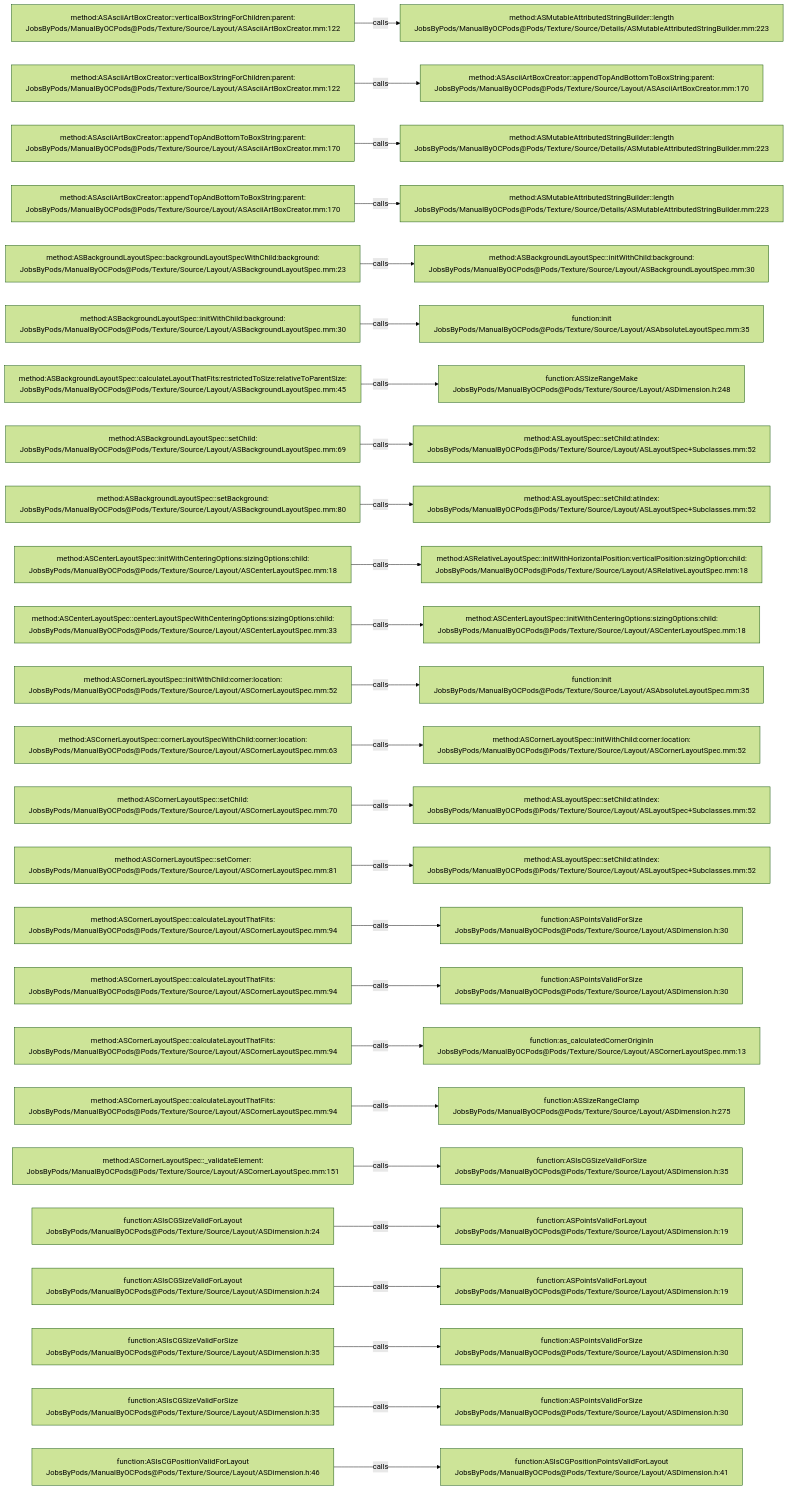
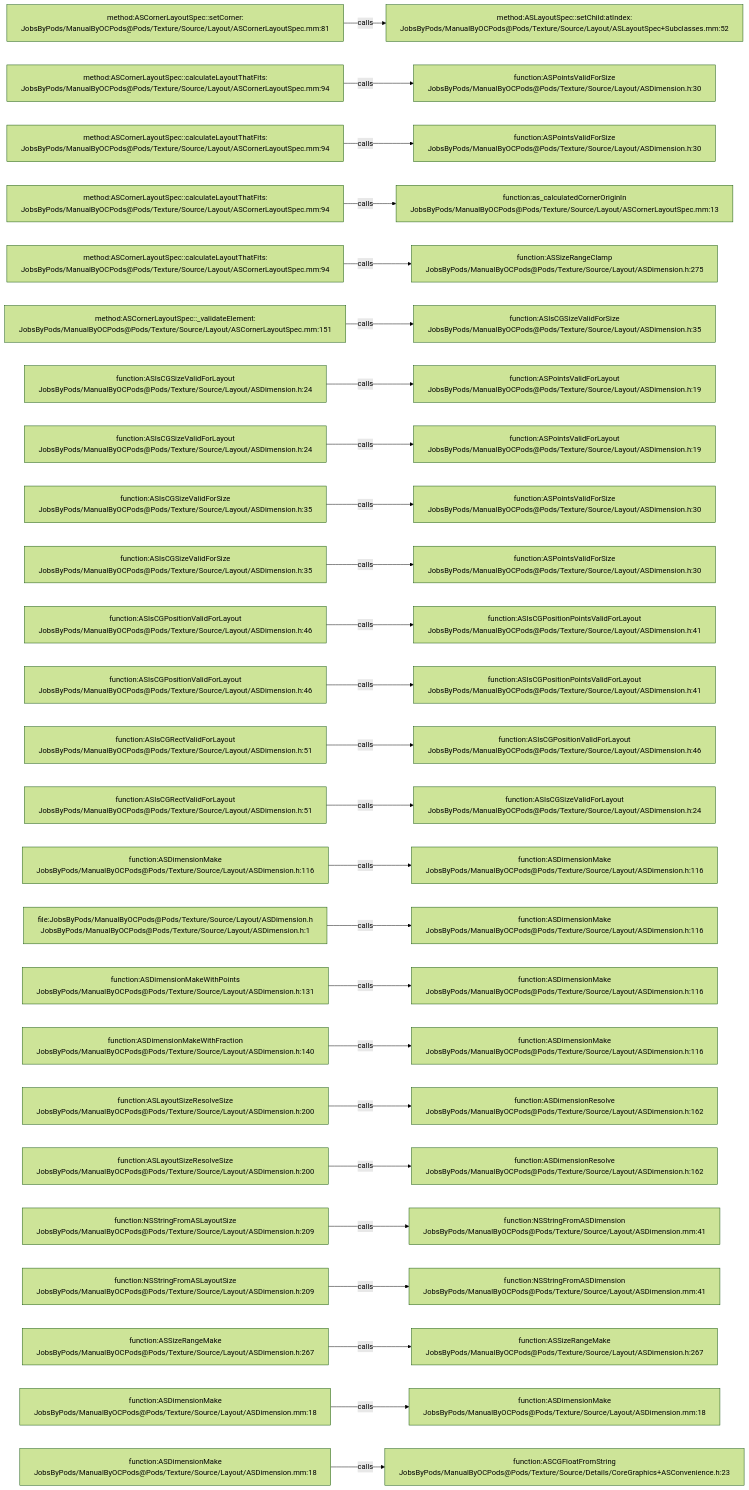
One commit to JobsKits/JobsOCBaseConfigDemo changed the diagram in .codegraph/codegraph.md/graphs/calls-177.md. Above: the diagram before and after it, drawn with Mermaid (forest theme). The commit also changed 296 other files, not shown here.

````diff
--- a/.codegraph/codegraph.md/graphs/calls-177.md
+++ b/.codegraph/codegraph.md/graphs/calls-177.md
@@ -13,78 +13,78 @@
 ```mermaid
 flowchart LR
-  S1["method:ASAsciiArtBoxCreator::verticalBoxStringForChildren:parent:<br/>JobsByPods/ManualByOCPods@Pods/Texture/Source/Layout/ASAsciiArtBoxCreator.mm:122"]
-  T1["method:ASMutableAttributedStringBuilder::length<br/>JobsByPods/ManualByOCPods@Pods/Texture/Source/Details/ASMutableAttributedStringBuilder.mm:223"]
+  S1["method:ASCornerLayoutSpec::setCorner:<br/>JobsByPods/ManualByOCPods@Pods/Texture/Source/Layout/ASCornerLayoutSpec.mm:81"]
+  T1["method:ASLayoutSpec::setChild:atIndex:<br/>JobsByPods/ManualByOCPods@Pods/Texture/Source/Layout/ASLayoutSpec+Subclasses.mm:52"]
   S1 -->|calls| T1
-  S2["method:ASAsciiArtBoxCreator::verticalBoxStringForChildren:parent:<br/>JobsByPods/ManualByOCPods@Pods/Texture/Source/Layout/ASAsciiArtBoxCreator.mm:122"]
-  T2["method:ASAsciiArtBoxCreator::appendTopAndBottomToBoxString:parent:<br/>JobsByPods/ManualByOCPods@Pods/Texture/Source/Layout/ASAsciiArtBoxCreator.mm:170"]
+  S2["method:ASCornerLayoutSpec::calculateLayoutThatFits:<br/>JobsByPods/ManualByOCPods@Pods/Texture/Source/Layout/ASCornerLayoutSpec.mm:94"]
+  T2["function:ASPointsValidForSize<br/>JobsByPods/ManualByOCPods@Pods/Texture/Source/Layout/ASDimension.h:30"]
   S2 -->|calls| T2
-  S3["method:ASAsciiArtBoxCreator::appendTopAndBottomToBoxString:parent:<br/>JobsByPods/ManualByOCPods@Pods/Texture/Source/Layout/ASAsciiArtBoxCreator.mm:170"]
-  T3["method:ASMutableAttributedStringBuilder::length<br/>JobsByPods/ManualByOCPods@Pods/Texture/Source/Details/ASMutableAttributedStringBuilder.mm:223"]
+  S3["method:ASCornerLayoutSpec::calculateLayoutThatFits:<br/>JobsByPods/ManualByOCPods@Pods/Texture/Source/Layout/ASCornerLayoutSpec.mm:94"]
+  T3["function:ASPointsValidForSize<br/>JobsByPods/ManualByOCPods@Pods/Texture/Source/Layout/ASDimension.h:30"]
   S3 -->|calls| T3
-  S4["method:ASAsciiArtBoxCreator::appendTopAndBottomToBoxString:parent:<br/>JobsByPods/ManualByOCPods@Pods/Texture/Source/Layout/ASAsciiArtBoxCreator.mm:170"]
-  T4["method:ASMutableAttributedStringBuilder::length<br/>JobsByPods/ManualByOCPods@Pods/Texture/Source/Details/ASMutableAttributedStringBuilder.mm:223"]
+  S4["method:ASCornerLayoutSpec::calculateLayoutThatFits:<br/>JobsByPods/ManualByOCPods@Pods/Texture/Source/Layout/ASCornerLayoutSpec.mm:94"]
+  T4["function:as_calculatedCornerOriginIn<br/>JobsByPods/ManualByOCPods@Pods/Texture/Source/Layout/ASCornerLayoutSpec.mm:13"]
   S4 -->|calls| T4
-  S5["method:ASBackgroundLayoutSpec::backgroundLayoutSpecWithChild:background:<br/>JobsByPods/ManualByOCPods@Pods/Texture/Source/Layout/ASBackgroundLayoutSpec.mm:23"]
-  T5["method:ASBackgroundLayoutSpec::initWithChild:background:<br/>JobsByPods/ManualByOCPods@Pods/Texture/Source/Layout/ASBackgroundLayoutSpec.mm:30"]
+  S5["method:ASCornerLayoutSpec::calculateLayoutThatFits:<br/>JobsByPods/ManualByOCPods@Pods/Texture/Source/Layout/ASCornerLayoutSpec.mm:94"]
+  T5["function:ASSizeRangeClamp<br/>JobsByPods/ManualByOCPods@Pods/Texture/Source/Layout/ASDimension.h:275"]
   S5 -->|calls| T5
-  S6["method:ASBackgroundLayoutSpec::initWithChild:background:<br/>JobsByPods/ManualByOCPods@Pods/Texture/Source/Layout/ASBackgroundLayoutSpec.mm:30"]
-  T6["function:init<br/>JobsByPods/ManualByOCPods@Pods/Texture/Source/Layout/ASAbsoluteLayoutSpec.mm:35"]
+  S6["method:ASCornerLayoutSpec::_validateElement:<br/>JobsByPods/ManualByOCPods@Pods/Texture/Source/Layout/ASCornerLayoutSpec.mm:151"]
+  T6["function:ASIsCGSizeValidForSize<br/>JobsByPods/ManualByOCPods@Pods/Texture/Source/Layout/ASDimension.h:35"]
   S6 -->|calls| T6
-  S7["method:ASBackgroundLayoutSpec::calculateLayoutThatFits:restrictedToSize:relativeToParentSize:<br/>JobsByPods/ManualByOCPods@Pods/Texture/Source/Layout/ASBackgroundLayoutSpec.mm:45"]
-  T7["function:ASSizeRangeMake<br/>JobsByPods/ManualByOCPods@Pods/Texture/Source/Layout/ASDimension.h:248"]
+  S7["function:ASIsCGSizeValidForLayout<br/>JobsByPods/ManualByOCPods@Pods/Texture/Source/Layout/ASDimension.h:24"]
+  T7["function:ASPointsValidForLayout<br/>JobsByPods/ManualByOCPods@Pods/Texture/Source/Layout/ASDimension.h:19"]
   S7 -->|calls| T7
-  S8["method:ASBackgroundLayoutSpec::setChild:<br/>JobsByPods/ManualByOCPods@Pods/Texture/Source/Layout/ASBackgroundLayoutSpec.mm:69"]
-  T8["method:ASLayoutSpec::setChild:atIndex:<br/>JobsByPods/ManualByOCPods@Pods/Texture/Source/Layout/ASLayoutSpec+Subclasses.mm:52"]
+  S8["function:ASIsCGSizeValidForLayout<br/>JobsByPods/ManualByOCPods@Pods/Texture/Source/Layout/ASDimension.h:24"]
+  T8["function:ASPointsValidForLayout<br/>JobsByPods/ManualByOCPods@Pods/Texture/Source/Layout/ASDimension.h:19"]
   S8 -->|calls| T8
-  S9["method:ASBackgroundLayoutSpec::setBackground:<br/>JobsByPods/ManualByOCPods@Pods/Texture/Source/Layout/ASBackgroundLayoutSpec.mm:80"]
-  T9["method:ASLayoutSpec::setChild:atIndex:<br/>JobsByPods/ManualByOCPods@Pods/Texture/Source/Layout/ASLayoutSpec+Subclasses.mm:52"]
+  S9["function:ASIsCGSizeValidForSize<br/>JobsByPods/ManualByOCPods@Pods/Texture/Source/Layout/ASDimension.h:35"]
+  T9["function:ASPointsValidForSize<br/>JobsByPods/ManualByOCPods@Pods/Texture/Source/Layout/ASDimension.h:30"]
   S9 -->|calls| T9
-  S10["method:ASCenterLayoutSpec::initWithCenteringOptions:sizingOptions:child:<br/>JobsByPods/ManualByOCPods@Pods/Texture/Source/Layout/ASCenterLayoutSpec.mm:18"]
-  T10["method:ASRelativeLayoutSpec::initWithHorizontalPosition:verticalPosition:sizingOption:child:<br/>JobsByPods/ManualByOCPods@Pods/Texture/Source/Layout/ASRelativeLayoutSpec.mm:18"]
+  S10["function:ASIsCGSizeValidForSize<br/>JobsByPods/ManualByOCPods@Pods/Texture/Source/Layout/ASDimension.h:35"]
+  T10["function:ASPointsValidForSize<br/>JobsByPods/ManualByOCPods@Pods/Texture/Source/Layout/ASDimension.h:30"]
   S10 -->|calls| T10
-  S11["method:ASCenterLayoutSpec::centerLayoutSpecWithCenteringOptions:sizingOptions:child:<br/>JobsByPods/ManualByOCPods@Pods/Texture/Source/Layout/ASCenterLayoutSpec.mm:33"]
-  T11["method:ASCenterLayoutSpec::initWithCenteringOptions:sizingOptions:child:<br/>JobsByPods/ManualByOCPods@Pods/Texture/Source/Layout/ASCenterLayoutSpec.mm:18"]
+  S11["function:ASIsCGPositionValidForLayout<br/>JobsByPods/ManualByOCPods@Pods/Texture/Source/Layout/ASDimension.h:46"]
+  T11["function:ASIsCGPositionPointsValidForLayout<br/>JobsByPods/ManualByOCPods@Pods/Texture/Source/Layout/ASDimension.h:41"]
   S11 -->|calls| T11
-  S12["method:ASCornerLayoutSpec::initWithChild:corner:location:<br/>JobsByPods/ManualByOCPods@Pods/Texture/Source/Layout/ASCornerLayoutSpec.mm:52"]
-  T12["function:init<br/>JobsByPods/ManualByOCPods@Pods/Texture/Source/Layout/ASAbsoluteLayoutSpec.mm:35"]
+  S12["function:ASIsCGPositionValidForLayout<br/>JobsByPods/ManualByOCPods@Pods/Texture/Source/Layout/ASDimension.h:46"]
+  T12["function:ASIsCGPositionPointsValidForLayout<br/>JobsByPods/ManualByOCPods@Pods/Texture/Source/Layout/ASDimension.h:41"]
   S12 -->|calls| T12
-  S13["method:ASCornerLayoutSpec::cornerLayoutSpecWithChild:corner:location:<br/>JobsByPods/ManualByOCPods@Pods/Texture/Source/Layout/ASCornerLayoutSpec.mm:63"]
-  T13["method:ASCornerLayoutSpec::initWithChild:corner:location:<br/>JobsByPods/ManualByOCPods@Pods/Texture/Source/Layout/ASCornerLayoutSpec.mm:52"]
+  S13["function:ASIsCGRectValidForLayout<br/>JobsByPods/ManualByOCPods@Pods/Texture/Source/Layout/ASDimension.h:51"]
+  T13["function:ASIsCGPositionValidForLayout<br/>JobsByPods/ManualByOCPods@Pods/Texture/Source/Layout/ASDimension.h:46"]
   S13 -->|calls| T13
-  S14["method:ASCornerLayoutSpec::setChild:<br/>JobsByPods/ManualByOCPods@Pods/Texture/Source/Layout/ASCornerLayoutSpec.mm:70"]
-  T14["method:ASLayoutSpec::setChild:atIndex:<br/>JobsByPods/ManualByOCPods@Pods/Texture/Source/Layout/ASLayoutSpec+Subclasses.mm:52"]
+  S14["function:ASIsCGRectValidForLayout<br/>JobsByPods/ManualByOCPods@Pods/Texture/Source/Layout/ASDimension.h:51"]
+  T14["function:ASIsCGSizeValidForLayout<br/>JobsByPods/ManualByOCPods@Pods/Texture/Source/Layout/ASDimension.h:24"]
   S14 -->|calls| T14
-  S15["method:ASCornerLayoutSpec::setCorner:<br/>JobsByPods/ManualByOCPods@Pods/Texture/Source/Layout/ASCornerLayoutSpec.mm:81"]
-  T15["method:ASLayoutSpec::setChild:atIndex:<br/>JobsByPods/ManualByOCPods@Pods/Texture/Source/Layout/ASLayoutSpec+Subclasses.mm:52"]
+  S15["function:ASDimensionMake<br/>JobsByPods/ManualByOCPods@Pods/Texture/Source/Layout/ASDimension.h:116"]
+  T15["function:ASDimensionMake<br/>JobsByPods/ManualByOCPods@Pods/Texture/Source/Layout/ASDimension.h:116"]
   S15 -->|calls| T15
-  S16["method:ASCornerLayoutSpec::calculateLayoutThatFits:<br/>JobsByPods/ManualByOCPods@Pods/Texture/Source/Layout/ASCornerLayoutSpec.mm:94"]
-  T16["function:ASPointsValidForSize<br/>JobsByPods/ManualByOCPods@Pods/Texture/Source/Layout/ASDimension.h:30"]
+  S16["file:JobsByPods/ManualByOCPods@Pods/Texture/Source/Layout/ASDimension.h<br/>JobsByPods/ManualByOCPods@Pods/Texture/Source/Layout/ASDimension.h:1"]
+  T16["function:ASDimensionMake<br/>JobsByPods/ManualByOCPods@Pods/Texture/Source/Layout/ASDimension.h:116"]
   S16 -->|calls| T16
-  S17["method:ASCornerLayoutSpec::calculateLayoutThatFits:<br/>JobsByPods/ManualByOCPods@Pods/Texture/Source/Layout/ASCornerLayoutSpec.mm:94"]
-  T17["function:ASPointsValidForSize<br/>JobsByPods/ManualByOCPods@Pods/Texture/Source/Layout/ASDimension.h:30"]
+  S17["function:ASDimensionMakeWithPoints<br/>JobsByPods/ManualByOCPods@Pods/Texture/Source/Layout/ASDimension.h:131"]
+  T17["function:ASDimensionMake<br/>JobsByPods/ManualByOCPods@Pods/Texture/Source/Layout/ASDimension.h:116"]
   S17 -->|calls| T17
-  S18["method:ASCornerLayoutSpec::calculateLayoutThatFits:<br/>JobsByPods/ManualByOCPods@Pods/Texture/Source/Layout/ASCornerLayoutSpec.mm:94"]
-  T18["function:as_calculatedCornerOriginIn<br/>JobsByPods/ManualByOCPods@Pods/Texture/Source/Layout/ASCornerLayoutSpec.mm:13"]
+  S18["function:ASDimensionMakeWithFraction<br/>JobsByPods/ManualByOCPods@Pods/Texture/Source/Layout/ASDimension.h:140"]
+  T18["function:ASDimensionMake<br/>JobsByPods/ManualByOCPods@Pods/Texture/Source/Layout/ASDimension.h:116"]
   S18 -->|calls| T18
-  S19["method:ASCornerLayoutSpec::calculateLayoutThatFits:<br/>JobsByPods/ManualByOCPods@Pods/Texture/Source/Layout/ASCornerLayoutSpec.mm:94"]
-  T19["function:ASSizeRangeClamp<br/>JobsByPods/ManualByOCPods@Pods/Texture/Source/Layout/ASDimension.h:275"]
+  S19["function:ASLayoutSizeResolveSize<br/>JobsByPods/ManualByOCPods@Pods/Texture/Source/Layout/ASDimension.h:200"]
+  T19["function:ASDimensionResolve<br/>JobsByPods/ManualByOCPods@Pods/Texture/Source/Layout/ASDimension.h:162"]
   S19 -->|calls| T19
-  S20["method:ASCornerLayoutSpec::_validateElement:<br/>JobsByPods/ManualByOCPods@Pods/Texture/Source/Layout/ASCornerLayoutSpec.mm:151"]
-  T20["function:ASIsCGSizeValidForSize<br/>JobsByPods/ManualByOCPods@Pods/Texture/Source/Layout/ASDimension.h:35"]
+  S20["function:ASLayoutSizeResolveSize<br/>JobsByPods/ManualByOCPods@Pods/Texture/Source/Layout/ASDimension.h:200"]
+  T20["function:ASDimensionResolve<br/>JobsByPods/ManualByOCPods@Pods/Texture/Source/Layout/ASDimension.h:162"]
   S20 -->|calls| T20
-  S21["function:ASIsCGSizeValidForLayout<br/>JobsByPods/ManualByOCPods@Pods/Texture/Source/Layout/ASDimension.h:24"]
-  T21["function:ASPointsValidForLayout<br/>JobsByPods/ManualByOCPods@Pods/Texture/Source/Layout/ASDimension.h:19"]
+  S21["function:NSStringFromASLayoutSize<br/>JobsByPods/ManualByOCPods@Pods/Texture/Source/Layout/ASDimension.h:209"]
+  T21["function:NSStringFromASDimension<br/>JobsByPods/ManualByOCPods@Pods/Texture/Source/Layout/ASDimension.mm:41"]
   S21 -->|calls| T21
-  S22["function:ASIsCGSizeValidForLayout<br/>JobsByPods/ManualByOCPods@Pods/Texture/Source/Layout/ASDimension.h:24"]
-  T22["function:ASPointsValidForLayout<br/>JobsByPods/ManualByOCPods@Pods/Texture/Source/Layout/ASDimension.h:19"]
+  S22["function:NSStringFromASLayoutSize<br/>JobsByPods/ManualByOCPods@Pods/Texture/Source/Layout/ASDimension.h:209"]
+  T22["function:NSStringFromASDimension<br/>JobsByPods/ManualByOCPods@Pods/Texture/Source/Layout/ASDimension.mm:41"]
   S22 -->|calls| T22
-  S23["function:ASIsCGSizeValidForSize<br/>JobsByPods/ManualByOCPods@Pods/Texture/Source/Layout/ASDimension.h:35"]
-  T23["function:ASPointsValidForSize<br/>JobsByPods/ManualByOCPods@Pods/Texture/Source/Layout/ASDimension.h:30"]
+  S23["function:ASSizeRangeMake<br/>JobsByPods/ManualByOCPods@Pods/Texture/Source/Layout/ASDimension.h:267"]
+  T23["function:ASSizeRangeMake<br/>JobsByPods/ManualByOCPods@Pods/Texture/Source/Layout/ASDimension.h:267"]
   S23 -->|calls| T23
-  S24["function:ASIsCGSizeValidForSize<br/>JobsByPods/ManualByOCPods@Pods/Texture/Source/Layout/ASDimension.h:35"]
-  T24["function:ASPointsValidForSize<br/>JobsByPods/ManualByOCPods@Pods/Texture/Source/Layout/ASDimension.h:30"]
+  S24["function:ASDimensionMake<br/>JobsByPods/ManualByOCPods@Pods/Texture/Source/Layout/ASDimension.mm:18"]
+  T24["function:ASDimensionMake<br/>JobsByPods/ManualByOCPods@Pods/Texture/Source/Layout/ASDimension.mm:18"]
   S24 -->|calls| T24
-  S25["function:ASIsCGPositionValidForLayout<br/>JobsByPods/ManualByOCPods@Pods/Texture/Source/Layout/ASDimension.h:46"]
-  T25["function:ASIsCGPositionPointsValidForLayout<br/>JobsByPods/ManualByOCPods@Pods/Texture/Source/Layout/ASDimension.h:41"]
+  S25["function:ASDimensionMake<br/>JobsByPods/ManualByOCPods@Pods/Texture/Source/Layout/ASDimension.mm:18"]
+  T25["function:ASCGFloatFromString<br/>JobsByPods/ManualByOCPods@Pods/Texture/Source/Details/CoreGraphics+ASConvenience.h:23"]
   S25 -->|calls| T25
 ```
````
